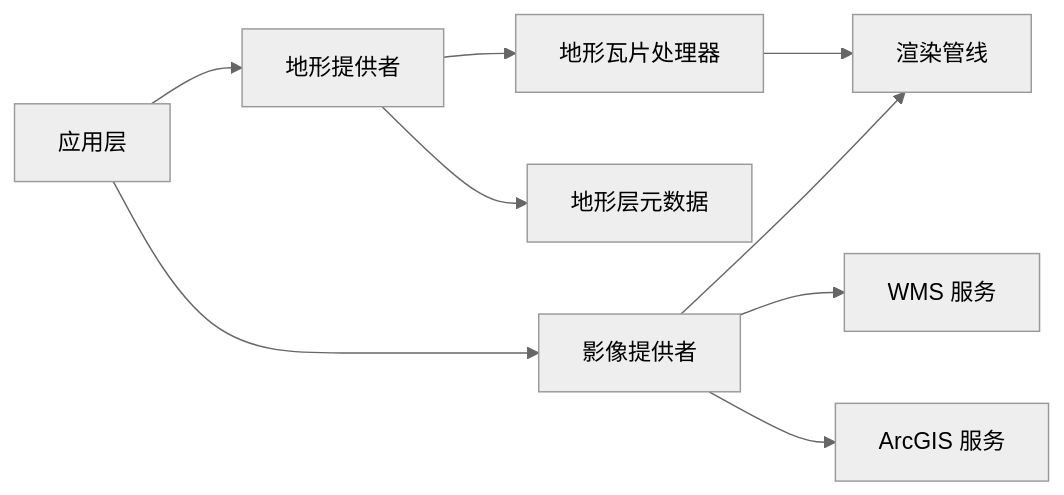
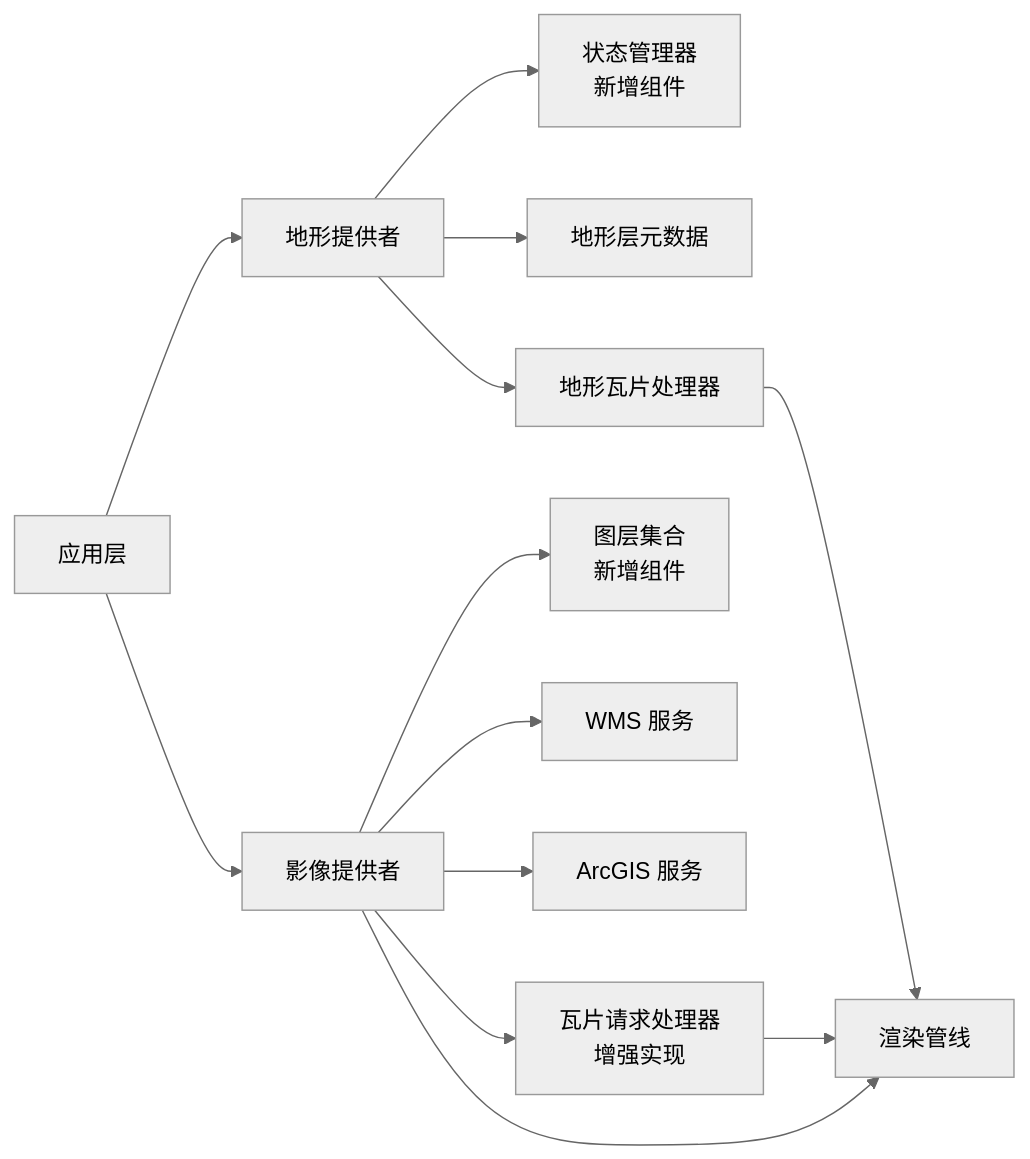
The sixth of 6 diagrams in .qoder/repowiki/zh/content/项目概述/核心特性/地形与影像系统/地形与影像系统.md (rzhangjing/cesium), drawn with Mermaid (neutral theme) before and after one commit. The commit also changed other lines of this file and 92 other files, not shown here.

````diff
--- a/.qoder/repowiki/zh/content/项目概述/核心特性/地形与影像系统/地形与影像系统.md
+++ b/.qoder/repowiki/zh/content/项目概述/核心特性/地形与影像系统/地形与影像系统.md
@@ -270,11 +299,15 @@
 ```mermaid
 graph LR
 App["应用层"] --> TP["地形提供者"]
 App --> IP["影像提供者"]
+TP --> SM["状态管理器<br/>新增组件"]
+IP --> LC["图层集合<br/>新增组件"]
 TP --> Meta["地形层元数据"]
 IP --> WMS["WMS 服务"]
 IP --> AGS["ArcGIS 服务"]
 TP --> Proc["地形瓦片处理器"]
+IP --> TRP["瓦片请求处理器<br/>增强实现"]
 Proc --> GPU["渲染管线"]
+TRP --> GPU
 IP --> GPU
 ```
````
